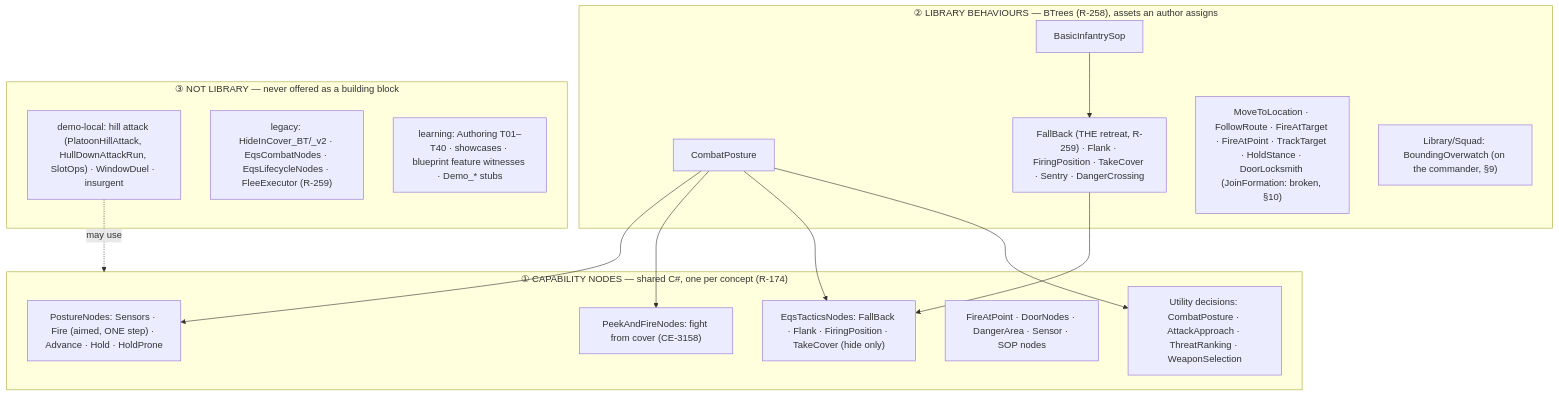
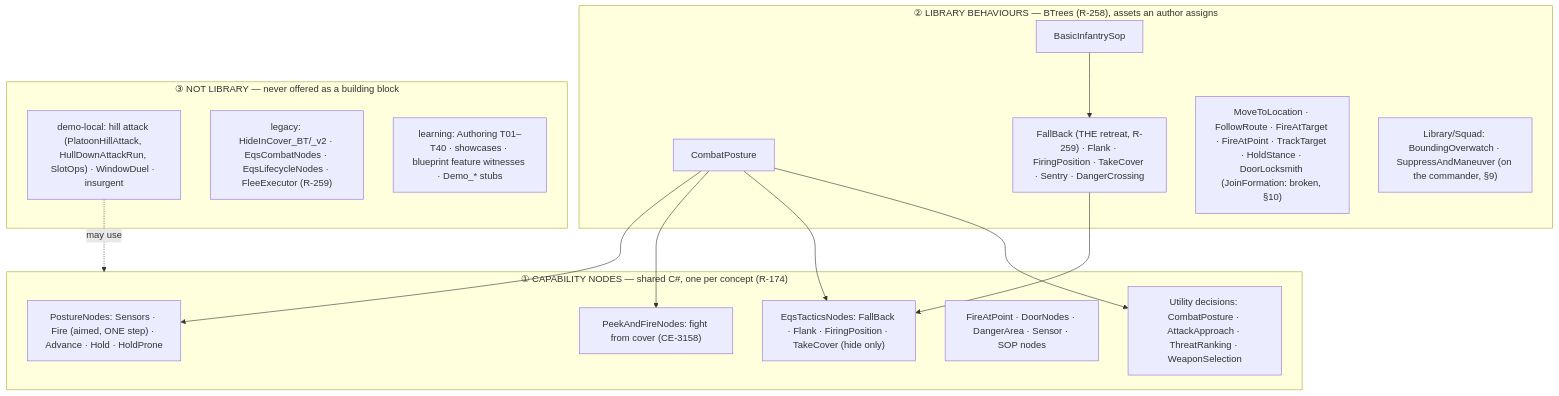
The seventh of 10 diagrams in docs/OVERVIEW_Behaviour_Building_Blocks.md (pjanec/HROT), drawn with Mermaid before and after one commit. The commit also changed other lines of this file, not shown here.

First line of the commit message:
CE-2123: the map shows the squad runner and SuppressAndManeuver

````diff
--- a/docs/OVERVIEW_Behaviour_Building_Blocks.md
+++ b/docs/OVERVIEW_Behaviour_Building_Blocks.md
@@ -230,29 +230,29 @@
 ```mermaid
 graph TD
   subgraph L1["① CAPABILITY NODES — shared C#, one per concept (R-174)"]
     PS["PostureNodes: Sensors · Fire (aimed, ONE step) · Advance · Hold · HoldProne"]
     PF["PeekAndFireNodes: fight from cover (CE-3158)"]
     ET["EqsTacticsNodes: FallBack · Flank · FiringPosition · TakeCover (hide only)"]
     FP["FireAtPoint · DoorNodes · DangerArea · Sensor · SOP nodes"]
     UT["Utility decisions: CombatPosture · AttackApproach · ThreatRanking · WeaponSelection"]
   end
   subgraph L2["② LIBRARY BEHAVIOURS — BTrees (R-258), assets an author assigns"]
     CP["CombatPosture"]
     TK["FallBack (THE retreat, R-259) · Flank · FiringPosition · TakeCover · Sentry · DangerCrossing"]
     SOP["BasicInfantrySop"]
     ORD["MoveToLocation · FollowRoute · FireAtTarget · FireAtPoint · TrackTarget · HoldStance · DoorLocksmith (JoinFormation: broken, §10)"]
-    SQ["Library/Squad: BoundingOverwatch (on the commander, §9)"]
+    SQ["Library/Squad: BoundingOverwatch · SuppressAndManeuver (on the commander, §9)"]
   end
   subgraph L3["③ NOT LIBRARY — never offered as a building block"]
     DM["demo-local: hill attack (PlatoonHillAttack, HullDownAttackRun, SlotOps) · WindowDuel · insurgent"]
     LG["legacy: HideInCover_BT/_v2 · EqsCombatNodes · EqsLifecycleNodes · FleeExecutor (R-259)"]
     LR["learning: Authoring T01–T40 · showcases · blueprint feature witnesses · Demo_* stubs"]
   end
   CP --> PS
   CP --> PF
   CP --> ET
   CP --> UT
   TK --> ET
   SOP --> TK
   DM -.->|may use| L1
 ```
````
